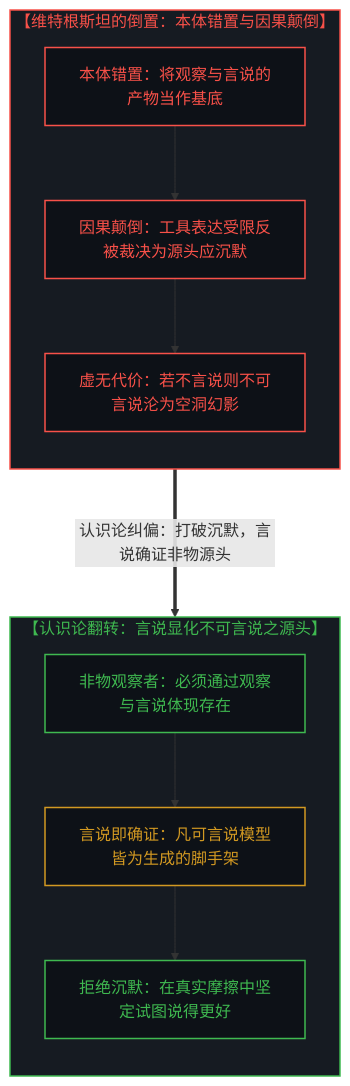
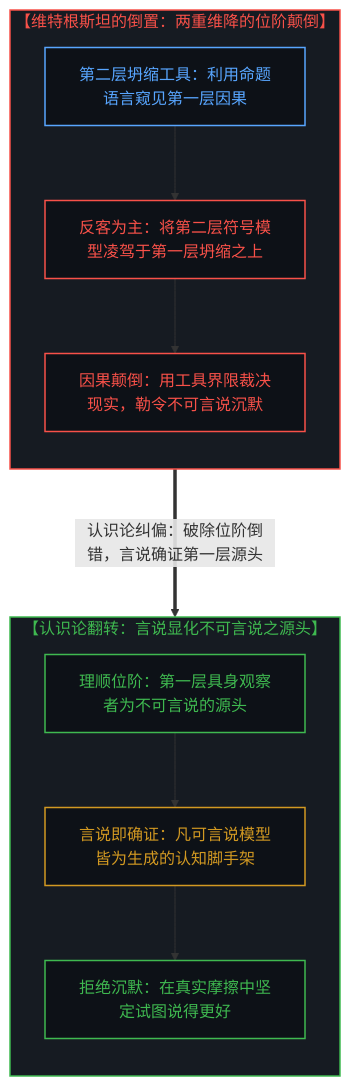
Before and after one commit to powerpig99/not-a-toe: the seventh of 10 diagrams in content/posts/all-that-can-be-spoken-is-the-product-of-the-unspeakable.md, drawn with Mermaid. The commit also changed other lines of this file, not shown here.

Commit message:
Integrate two-fold dimensional collapse hierarchy into Section 4 epistemological critique of Wittgenstein

````diff
--- a/content/posts/all-that-can-be-spoken-is-the-product-of-the-unspeakable.md
+++ b/content/posts/all-that-can-be-spoken-is-the-product-of-the-unspeakable.md
@@ -247,29 +247,29 @@
 ```mermaid
 graph TD
     classDef default fill:#0d1117,stroke:#30363d,stroke-width:1px,color:#f0f6fc;
     classDef mind fill:#0d1117,stroke:#3fb950,stroke-width:1.5px,color:#3fb950;
     classDef failure fill:#0d1117,stroke:#f85149,stroke-width:1.5px,color:#f85149;
     classDef scaffold fill:#0d1117,stroke:#d29922,stroke-width:1.5px,color:#d29922;
     classDef model fill:#0d1117,stroke:#58a6ff,stroke-width:1.5px,color:#58a6ff;
 
-    subgraph S_Wittgenstein ["【维特根斯坦的倒置：本体错置与因果颠倒】"]
+    subgraph S_Wittgenstein ["【维特根斯坦的倒置：两重维降的位阶颠倒】"]
         direction TB
-        W1["本体错置：将观察与言说的产物当作基底"]:::failure
-        W2["因果颠倒：工具表达受限反被裁决为源头应沉默"]:::failure
-        W3["虚无代价：若不言说则不可言说沦为空洞幻影"]:::failure
+        W1["第二层坍缩工具：利用命题语言窥见第一层因果"]:::model
+        W2["反客为主：将第二层符号模型凌驾于第一层坍缩之上"]:::failure
+        W3["因果颠倒：用工具界限裁决现实，勒令不可言说沉默"]:::failure
         W1 --> W2 --> W3
     end
 
     subgraph S_Reconstruction ["【认识论翻转：言说显化不可言说之源头】"]
         direction TB
-        R1["非物观察者：必须通过观察与言说体现存在"]:::mind
-        R2["言说即确证：凡可言说模型皆为生成的脚手架"]:::scaffold
+        R1["理顺位阶：第一层具身观察者为不可言说的源头"]:::mind
+        R2["言说即确证：凡可言说模型皆为生成的认知脚手架"]:::scaffold
         R3["拒绝沉默：在真实摩擦中坚定试图说得更好"]:::mind
         R1 --> R2 --> R3
     end
 
-    W3 ===>|"认识论纠偏：打破沉默，言说确证非物源头"| R1
+    W3 ===>|"认识论纠偏：破除位阶倒错，言说确证第一层源头"| R1
 
     style S_Wittgenstein fill:#161b22,stroke:#f85149,stroke-width:1.5px,color:#f85149
     style S_Reconstruction fill:#161b22,stroke:#3fb950,stroke-width:1.5px,color:#3fb950
 ```
````
